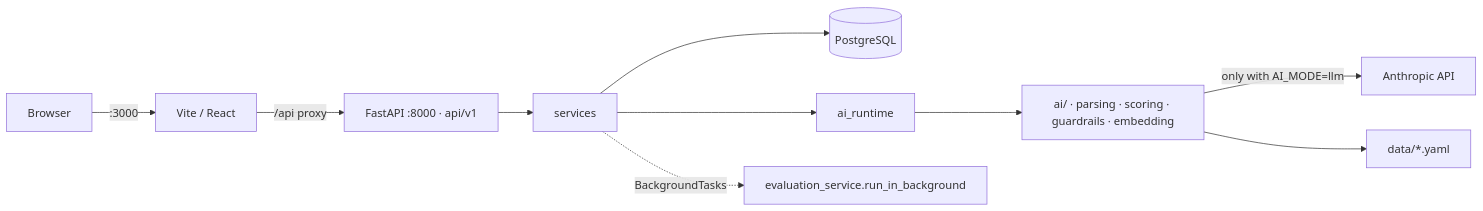
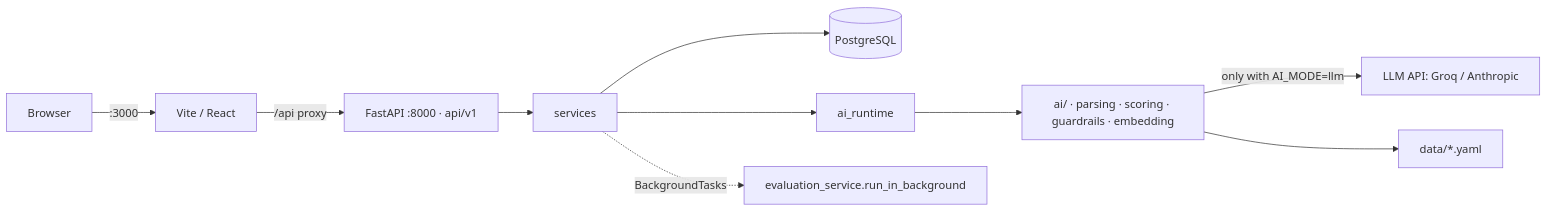
One commit to unhodrgn/CareerSync changed the first of 4 diagrams in PROJECT_DOCUMENTATION.md. Above: the diagram before and after it, drawn with Mermaid. The commit also changed other lines of this file and 51 other files, not shown here.

````diff
--- a/PROJECT_DOCUMENTATION.md
+++ b/PROJECT_DOCUMENTATION.md
@@ -83,12 +83,12 @@
 ```mermaid
 flowchart LR
     B[Browser] -->|:3000| FE[Vite / React]
     FE -->|/api proxy| API[FastAPI :8000 · api/v1]
     API --> SVC[services]
     SVC --> DB[(PostgreSQL)]
     SVC --> RT[ai_runtime]
     RT --> AI[ai/ · parsing · scoring · guardrails · embedding]
-    AI -->|only with AI_MODE=llm| LLM[Anthropic API]
+    AI -->|only with AI_MODE=llm| LLM[LLM API: Groq / Anthropic]
     AI --> DATA[data/*.yaml]
     SVC -. BackgroundTasks .-> EV[evaluation_service.run_in_background]
 ```
````
